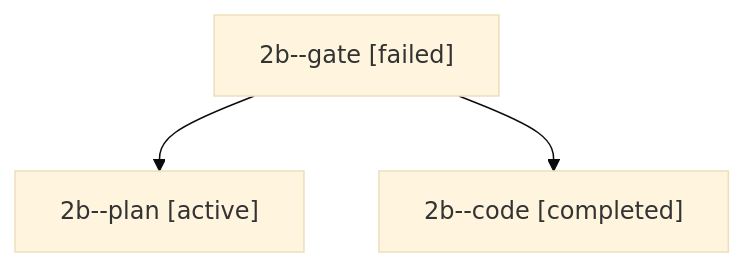
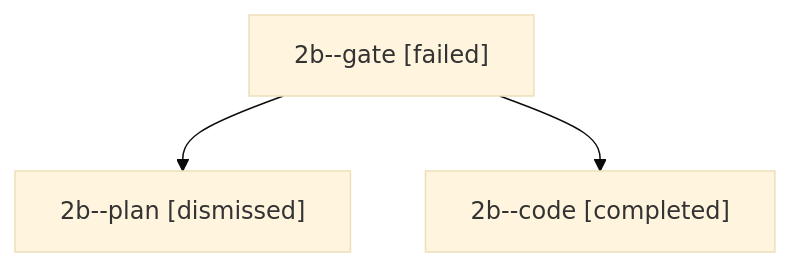
One commit to bobs-org/bob-cli--agents changed the diagram in sessions/bbugyi200.apollo.2b.md. Above: the diagram before and after it, drawn with Mermaid (base theme). The commit also changed other lines of this file and 10 other files, not shown here.

````diff
--- a/sessions/bbugyi200.apollo.2b.md
+++ b/sessions/bbugyi200.apollo.2b.md
@@ -9,8 +9,8 @@
 ```mermaid
 flowchart TD
   n0["2b--gate [failed]"]
-  n1["2b--plan [active]"]
+  n1["2b--plan [dismissed]"]
   n0 --> n1
   n2["2b--code [completed]"]
   n0 --> n2
 ```
````
